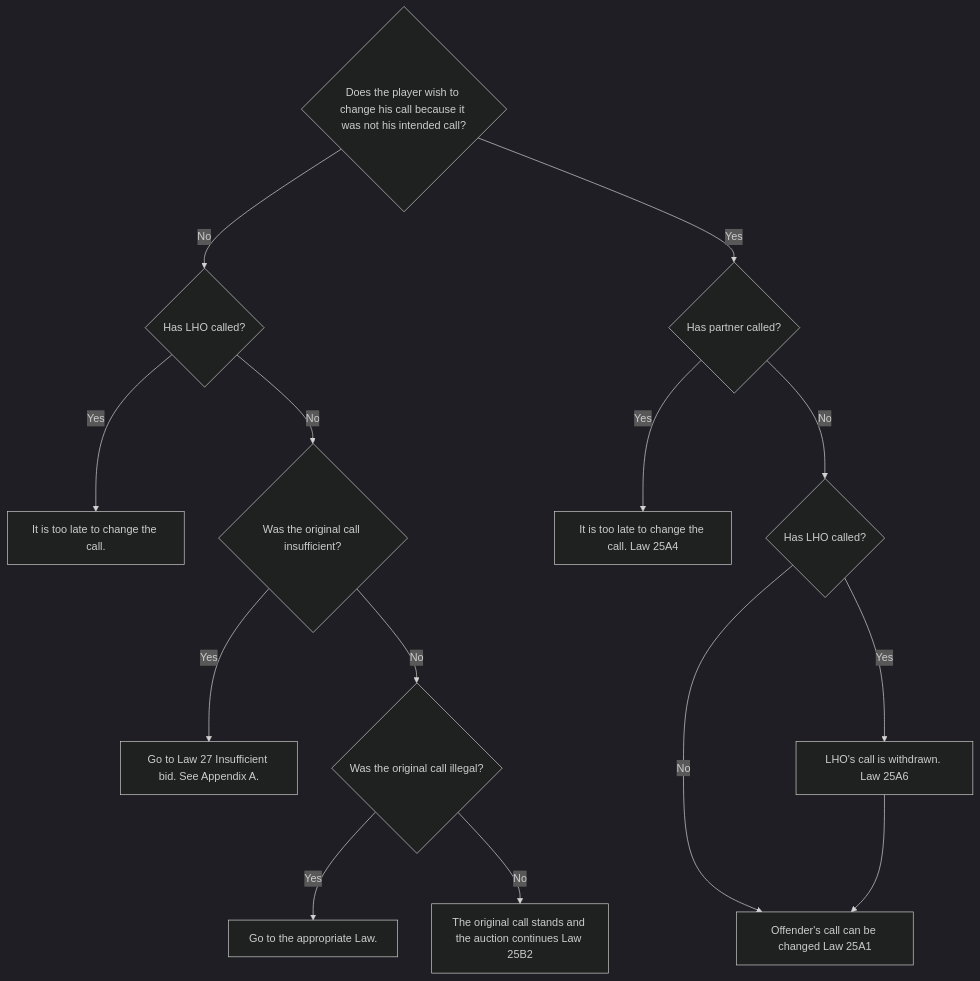
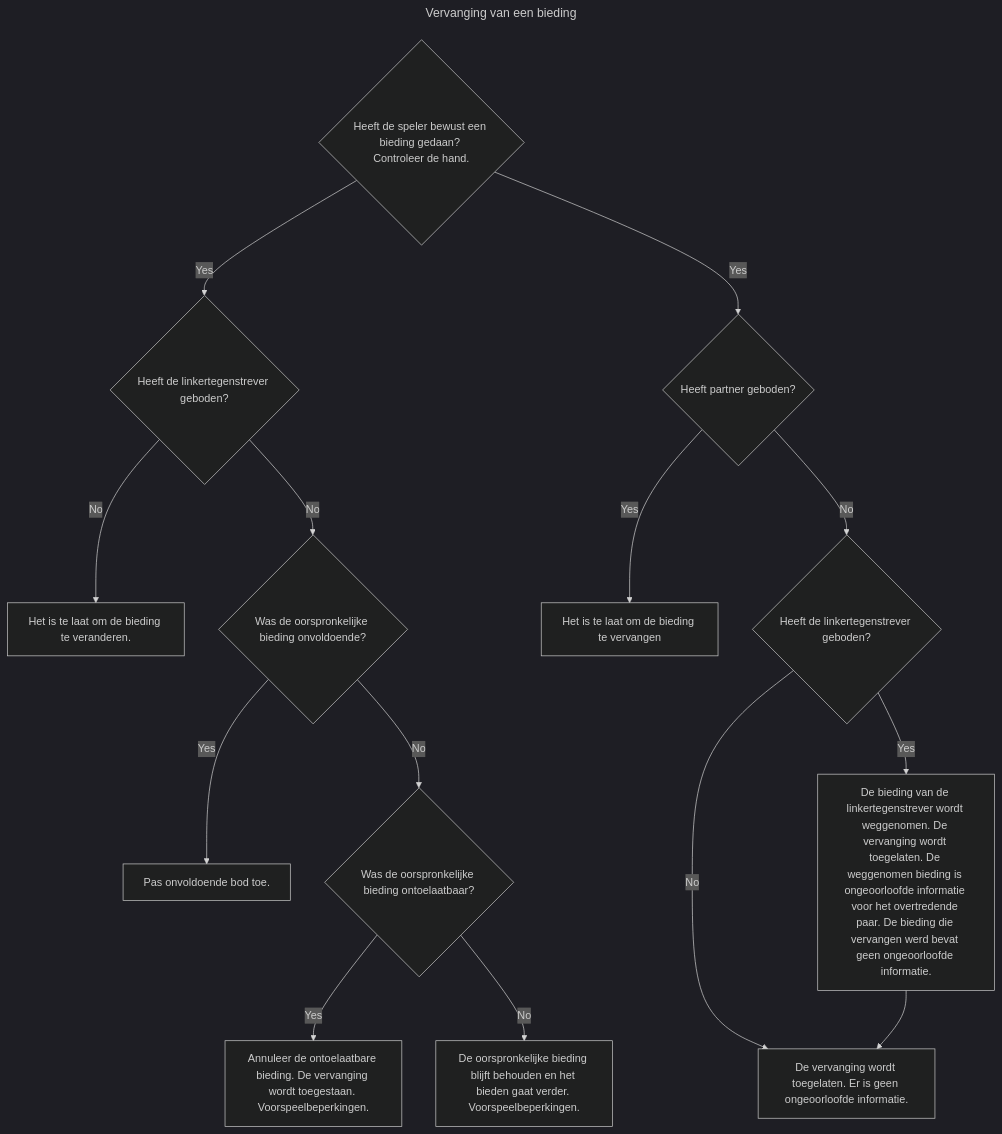
Before and after one commit to tcorneli/CTL-instructies: the diagram in bieding-vervangen.md, drawn with Mermaid (dark theme).

Commit message:
Update bidding replacement flowchart in Dutch

````diff
--- a/bieding-vervangen.md
+++ b/bieding-vervangen.md
@@ -1,17 +1,20 @@
 ```mermaid
+---
+title: Vervanging van een bieding
+---
 graph TD
-    A{Does the player wish to change his call because it was not his intended call?}
-    A -->|No| B{Has LHO called?}
-    B -->|Yes| C[It is too late to change the call.]
-    B -->|No| D{Was the original call insufficient?}
-    D -->|Yes| E[Go to Law 27 Insufficient bid. See Appendix A.]
-    D -->|No| F{Was the original call illegal?}
-    F -->|Yes| G[Go to the appropriate Law.]
-    F -->|No| H[The original call stands and the auction continues Law 25B2]
-    A -->|Yes| I{Has partner called?}
-    I -->|Yes| J[It is too late to change the call. Law 25A4]
-    I -->|No| K{Has LHO called?}
-    K -->|Yes| L[LHO's call is withdrawn. Law 25A6]
-    K -->|No| M[Offender's call can be changed Law 25A1]
+    A{Heeft de speler bewust een bieding gedaan? Controleer de hand.}
+    A -->|Yes| B{Heeft de linkertegenstrever geboden?}
+    B -->|No| C[Het is te laat om de bieding te veranderen.]
+    B -->|No| D{Was de oorspronkelijke bieding onvoldoende?}
+    D -->|Yes| E[Pas onvoldoende bod toe.]
+    D -->|No| F{Was de oorspronkelijke bieding ontoelaatbaar?}
+    F -->|Yes| G[Annuleer de ontoelaatbare bieding. De vervanging wordt toegestaan. Voorspeelbeperkingen.]
+    F -->|No| H[De oorspronkelijke bieding blijft behouden en het bieden gaat verder. Voorspeelbeperkingen.]
+    A -->|Yes| I{Heeft partner geboden?}
+    I -->|Yes| J[Het is te laat om de bieding te vervangen]
+    I -->|No| K{Heeft de linkertegenstrever geboden?}
+    K -->|Yes| L[De bieding van de linkertegenstrever wordt weggenomen. De vervanging wordt toegelaten. De weggenomen bieding is ongeoorloofde informatie voor het overtredende paar. De bieding die vervangen werd bevat geen ongeoorloofde informatie.]
+    K -->|No| M[De vervanging wordt toegelaten. Er is geen ongeoorloofde informatie.]
     L --> M
 ```
````
